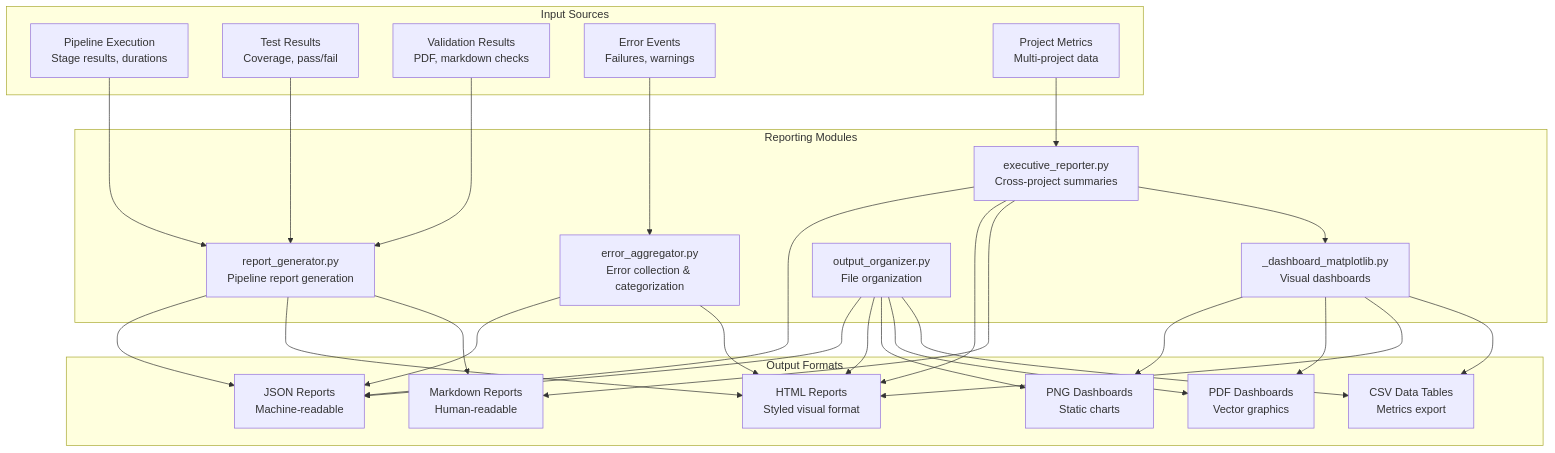
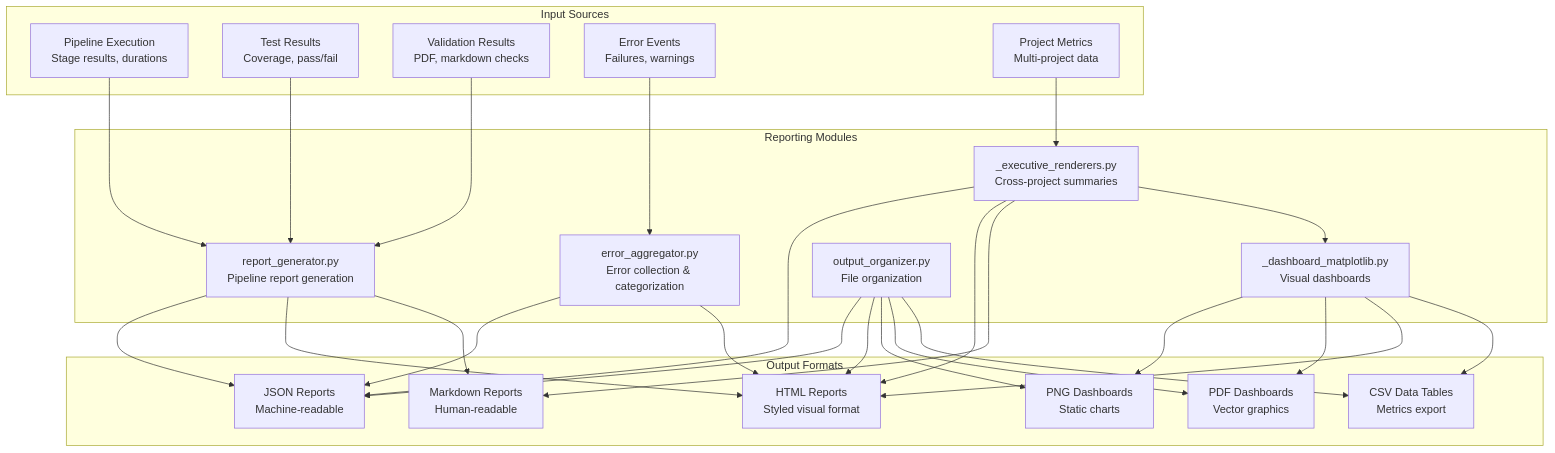
Before and after one commit to docxology/template: the first of 3 diagrams in infrastructure/reporting/README.md, drawn with Mermaid. The commit also changed 596 other files, not shown here.

````diff
--- a/infrastructure/reporting/README.md
+++ b/infrastructure/reporting/README.md
@@ -33,60 +33,60 @@
 ```mermaid
 graph TD
     subgraph InputSources["Input Sources"]
         PIPELINE[Pipeline Execution<br/>Stage results, durations]
         TESTS[Test Results<br/>Coverage, pass/fail]
         VALIDATION[Validation Results<br/>PDF, markdown checks]
         ERRORS[Error Events<br/>Failures, warnings]
         PROJECTS[Project Metrics<br/>Multi-project data]
     end
 
     subgraph ReportingModules["Reporting Modules"]
         PIPELINE_REP[report_generator.py<br/>Pipeline report generation]
         ERROR_AGG[error_aggregator.py<br/>Error collection & categorization]
-        EXEC_REP[executive_reporter.py<br/>Cross-project summaries]
+        EXEC_REP[_executive_renderers.py<br/>Cross-project summaries]
         DASHBOARD[_dashboard_matplotlib.py<br/>Visual dashboards]
         OUTPUT_ORG[output_organizer.py<br/>File organization]
     end
 
     subgraph OutputFormats["Output Formats"]
         JSON[JSON Reports<br/>Machine-readable]
         HTML[HTML Reports<br/>Styled visual format]
         MARKDOWN[Markdown Reports<br/>Human-readable]
         PNG[PNG Dashboards<br/>Static charts]
         PDF[PDF Dashboards<br/>Vector graphics]
         CSV[CSV Data Tables<br/>Metrics export]
     end
 
     PIPELINE --> PIPELINE_REP
     TESTS --> PIPELINE_REP
     VALIDATION --> PIPELINE_REP
     ERRORS --> ERROR_AGG
     PROJECTS --> EXEC_REP
 
     PIPELINE_REP --> JSON
     PIPELINE_REP --> HTML
     PIPELINE_REP --> MARKDOWN
 
     ERROR_AGG --> JSON
     ERROR_AGG --> HTML
 
     EXEC_REP --> JSON
     EXEC_REP --> HTML
     EXEC_REP --> MARKDOWN
 
     EXEC_REP --> DASHBOARD
     DASHBOARD --> PNG
     DASHBOARD --> PDF
     DASHBOARD --> HTML
     DASHBOARD --> CSV
 
     OUTPUT_ORG --> JSON
     OUTPUT_ORG --> HTML
     OUTPUT_ORG --> PNG
     OUTPUT_ORG --> PDF
     OUTPUT_ORG --> CSV
 
     class InputSources input
     class ReportingModules module
     class OutputFormats output
 ```
````
